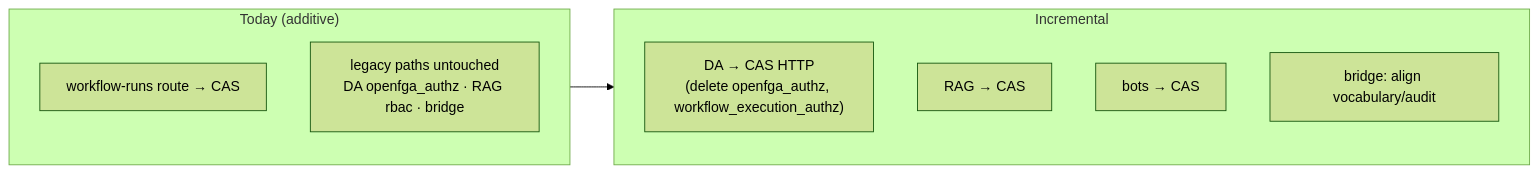
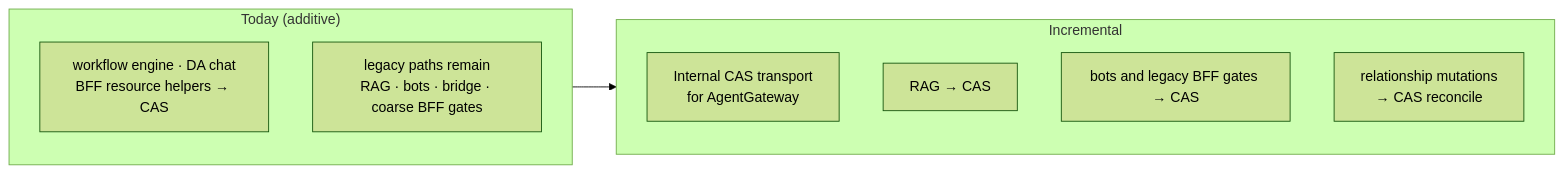
The fourth of 4 diagrams in docs/docs/specs/2026-06-06-cas-implementation/architecture.md (cnoe-io/ai-platform-engineering), drawn with Mermaid (forest theme) before and after one commit. The commit also changed other lines of this file and 2 other files, not shown here.

Commit message:
docs(rbac): document CAS coverage gaps

````diff
--- a/docs/docs/specs/2026-06-06-cas-implementation/architecture.md
+++ b/docs/docs/specs/2026-06-06-cas-implementation/architecture.md
@@ -104,14 +108,14 @@
 ```mermaid
 flowchart LR
   subgraph now["Today (additive)"]
-    n1["workflow-runs route → CAS"]
-    n2["legacy paths untouched<br/>DA openfga_authz · RAG rbac · bridge"]
+    n1["workflow engine · DA chat<br/>BFF resource helpers → CAS"]
+    n2["legacy paths remain<br/>RAG · bots · bridge · coarse BFF gates"]
   end
   subgraph next["Incremental"]
-    x1["DA → CAS HTTP<br/>(delete openfga_authz, workflow_execution_authz)"]
+    x1["Internal CAS transport<br/>for AgentGateway"]
     x2["RAG → CAS"]
-    x3["bots → CAS"]
-    x4["bridge: align vocabulary/audit"]
+    x3["bots and legacy BFF gates → CAS"]
+    x4["relationship mutations<br/>→ CAS reconcile"]
   end
   now --> next
 ```
````
